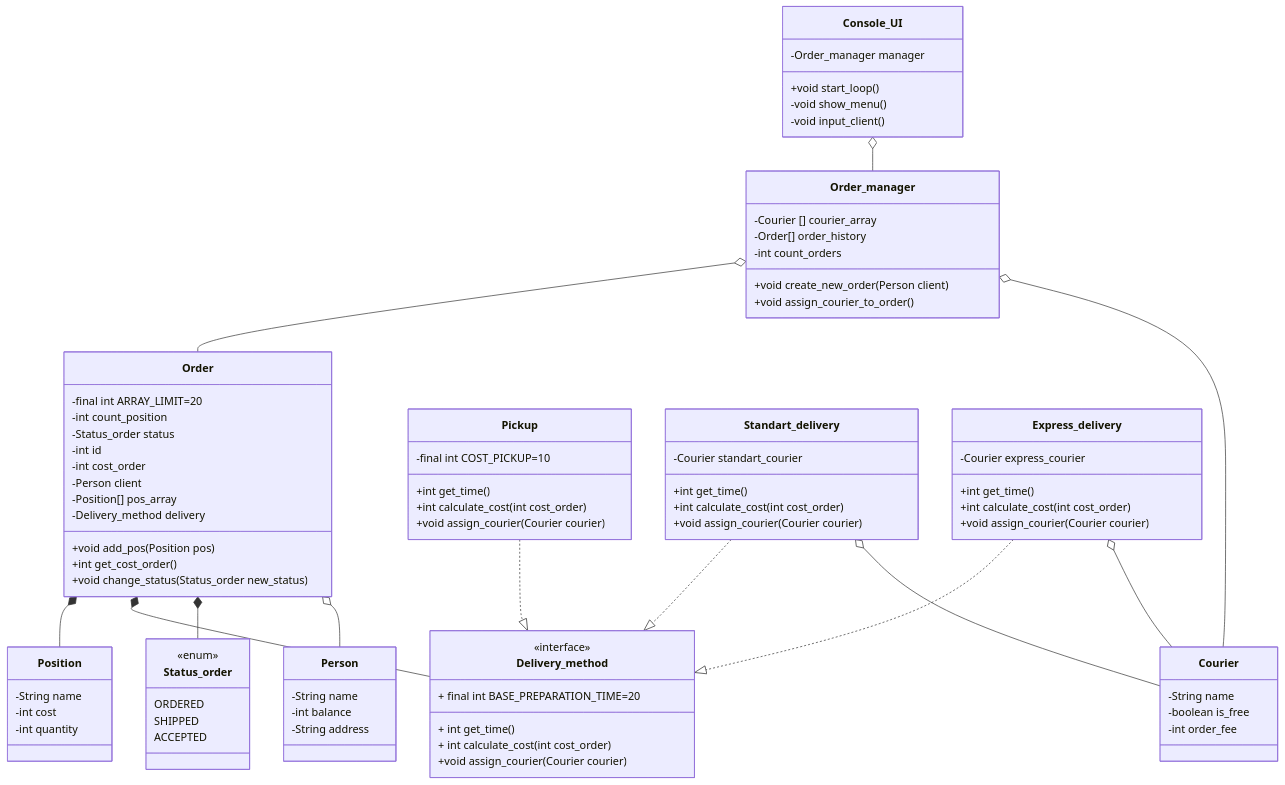
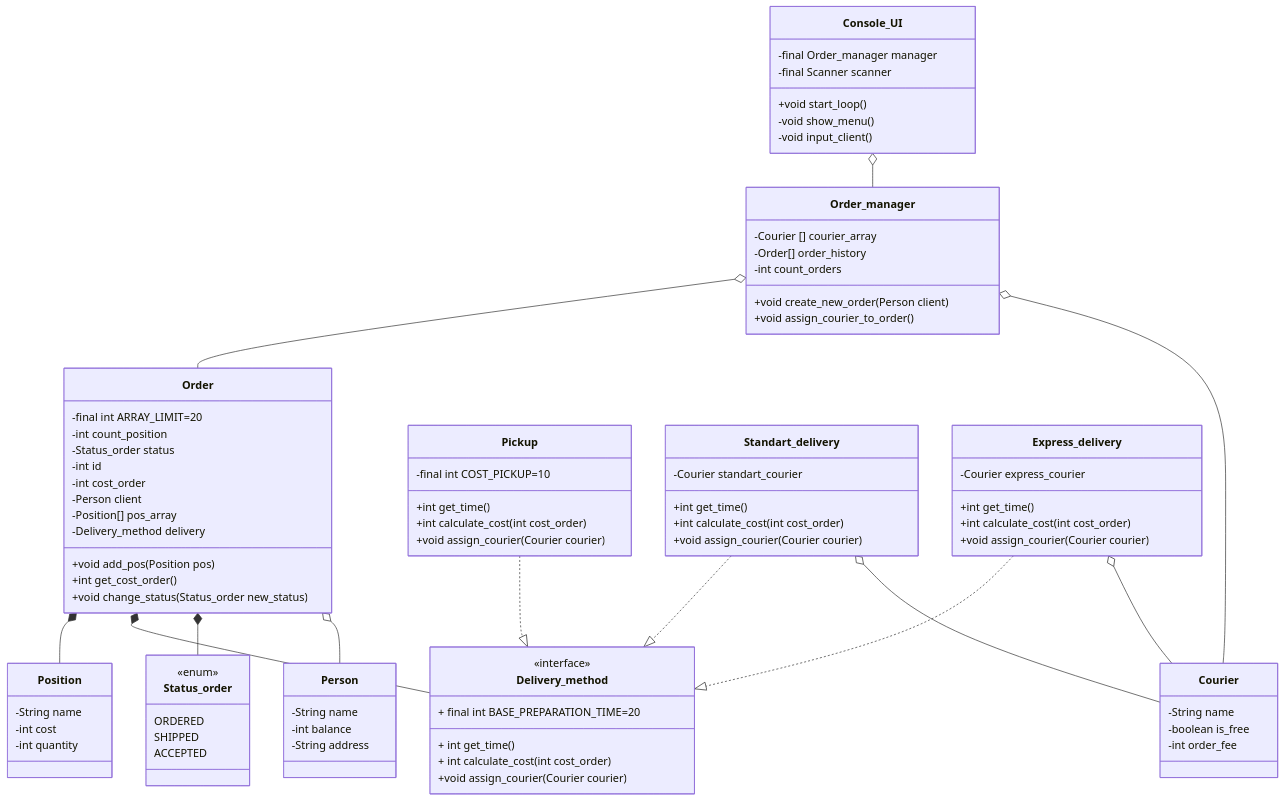
One commit to kirillkushaev2007-boop/Labaratory1 changed the diagram in README.md. Above: the diagram before and after it, drawn with Mermaid.

Commit message:
Update README.md
- Change manager field modifier to final
- Add private final Scanner scanner field to Console_UI

```diff
--- a/README.md
+++ b/README.md
@@ -87,7 +87,8 @@
 
    %% Пользовательский интерфейс (Console_UI)
    class Console_UI{
-      -Order_manager manager
+      -final Order_manager manager
+      -final Scanner scanner
       +void start_loop()
          %% Запускает цикл меню (использует show_menu(), )
       -void show_menu()
```
